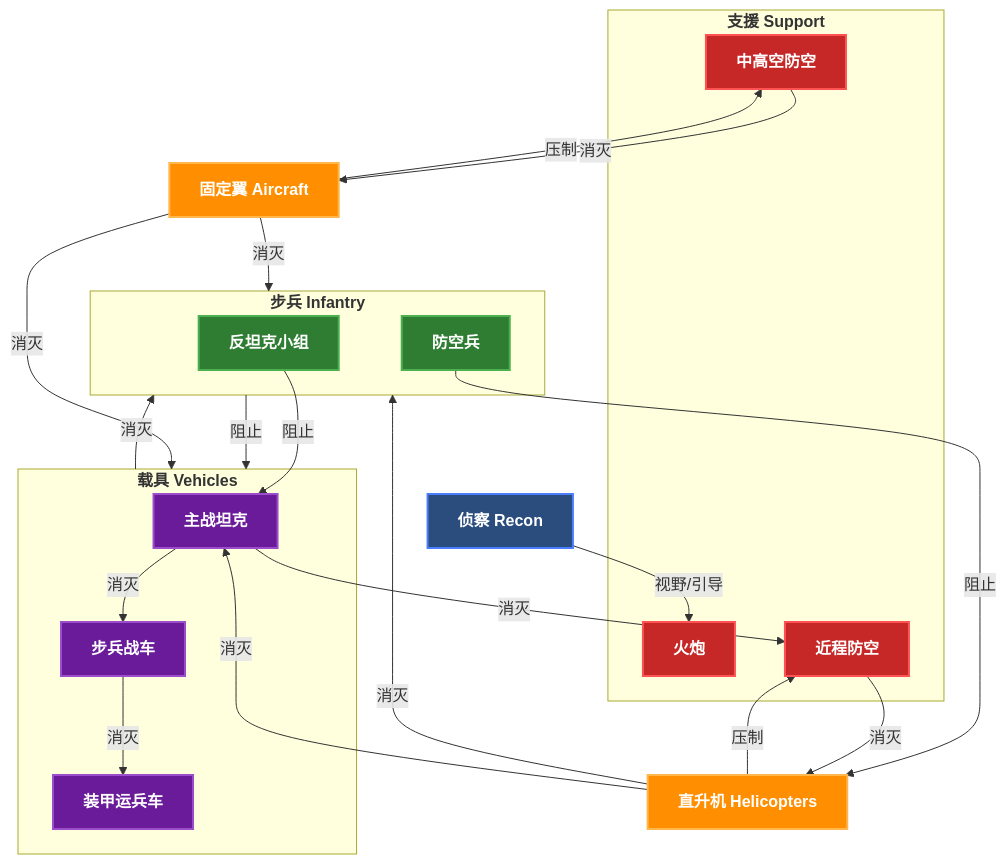
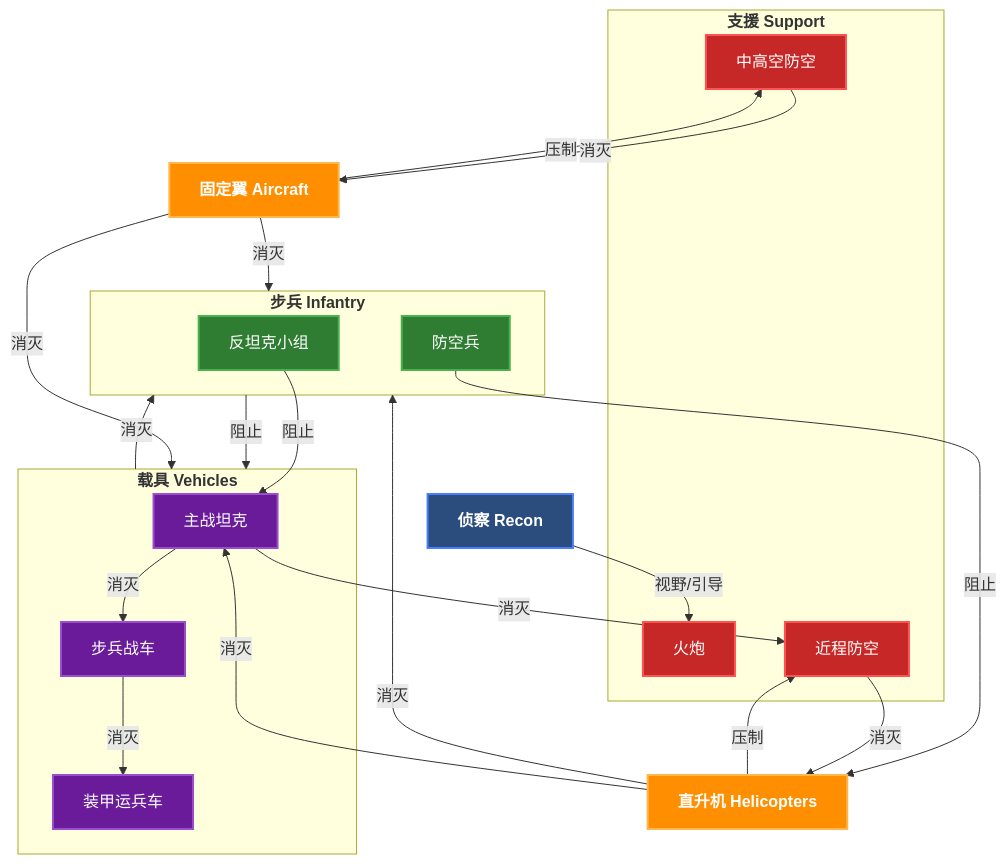
One commit to ShenMian/notes changed the first of 3 diagrams in docs/其他/游戏/评价/Broken_Arrow.md. Above: the diagram before and after it, drawn with Mermaid.

````diff
--- a/docs/其他/游戏/评价/Broken_Arrow.md
+++ b/docs/其他/游戏/评价/Broken_Arrow.md
@@ -32,50 +32,55 @@
 ```mermaid
 flowchart TD
     RECON["<b>侦察 Recon</b>"]:::recon
     RECON -->|视野/引导| ARTY
 
     subgraph INF["<b>步兵 Infantry</b>"]
-        ATGM["<b>反坦克小组</b>"]:::infantry
-        AA_INF["<b>防空兵</b>"]:::infantry
+        ATGM["反坦克小组"]
+        AA_INF["防空兵"]
+        class ATGM,AA_INF infantry
     end
 
     ATGM -->|阻止| MBT
     AA_INF -->|阻止| HELI
 
     subgraph VEH["<b>载具 Vehicles</b>"]
-        MBT["<b>主战坦克</b>"]:::vehicle
-        IFV["<b>步兵战车</b>"]:::vehicle
-        APC["<b>装甲运兵车</b>"]:::vehicle
+        MBT["主战坦克"]
+        IFV["步兵战车"]
+        APC["装甲运兵车"]
+        class MBT,IFV,APC vehicle
     end
 
     MBT -->|消灭| IFV
     IFV -->|消灭| APC
     MBT -->|消灭| SHORAD
     VEH -->|消灭| INF
     INF -->|阻止| VEH
 
     subgraph SUP["<b>支援 Support</b>"]
-        ARTY["<b>火炮</b>"]:::support
-        SHORAD["<b>近程防空</b>"]:::support
-        HIMAD["<b>中高空防空</b>"]:::support
+        ARTY["火炮"]
+        SHORAD["近程防空"]
+        HIMAD["中高空防空"]
+        class ARTY,SHORAD,HIMAD support
     end
 
     SHORAD -->|消灭| HELI
     HIMAD -->|消灭| JET
 
     HELI["<b>直升机 Helicopters</b>"]:::aircraft
     HELI -->|消灭| MBT
     HELI -->|消灭| INF
-    HELI -->|压制| SHORAD
 
     JET["<b>固定翼 Aircraft</b>"]:::aircraft
     JET -->|消灭| VEH
     JET -->|消灭| INF
+
+    %% SEAD
+    HELI -->|压制| SHORAD
     JET -->|压制| HIMAD
 
     classDef recon fill:#2a4d7e,stroke:#4a7dff,stroke-width:2px,color:#fff
     classDef infantry fill:#2e7d32,stroke:#4caf50,stroke-width:2px,color:#fff
     classDef support fill:#c62828,stroke:#ff5252,stroke-width:2px,color:#fff
     classDef vehicle fill:#6a1b9a,stroke:#9c4dcc,stroke-width:2px,color:#fff
     classDef aircraft fill:#ff8f00,stroke:#ffb74d,stroke-width:2px,color:#fff
 ```
````
